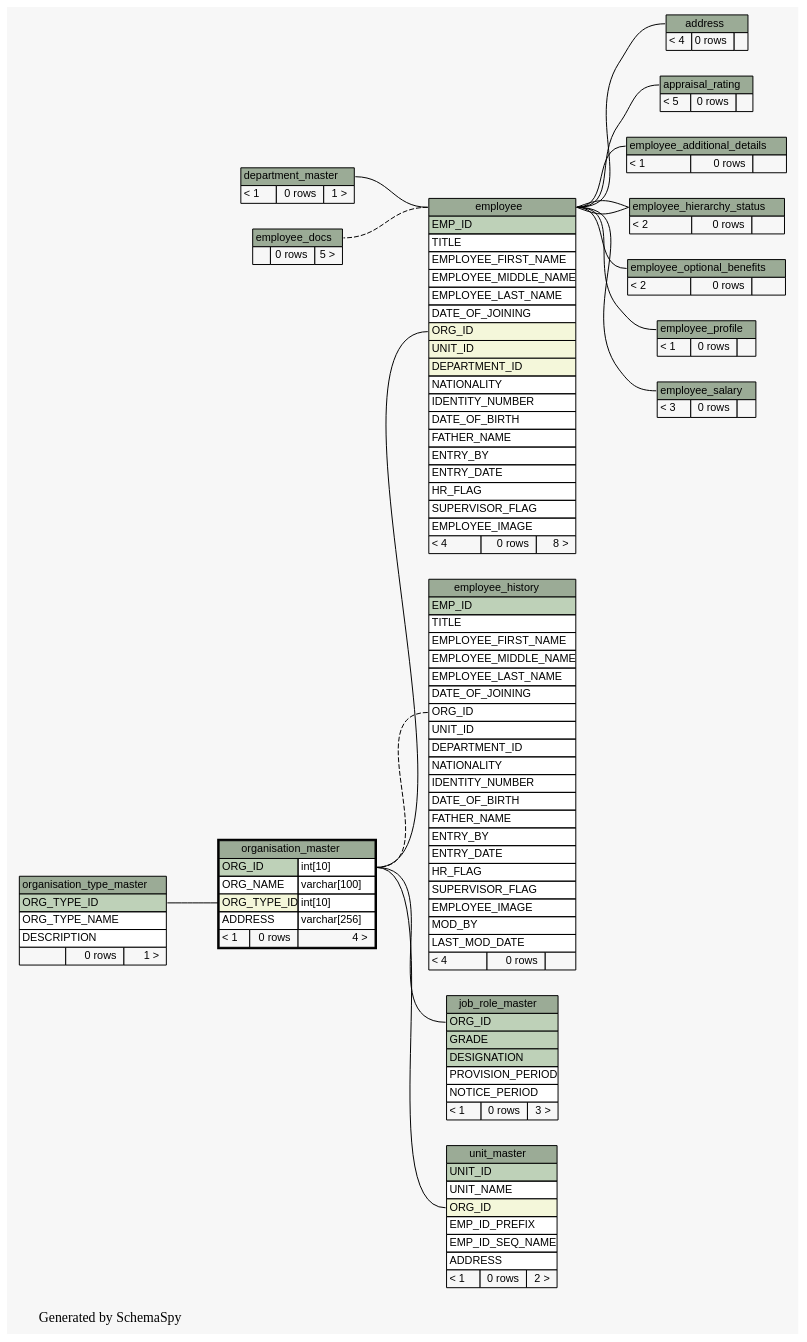
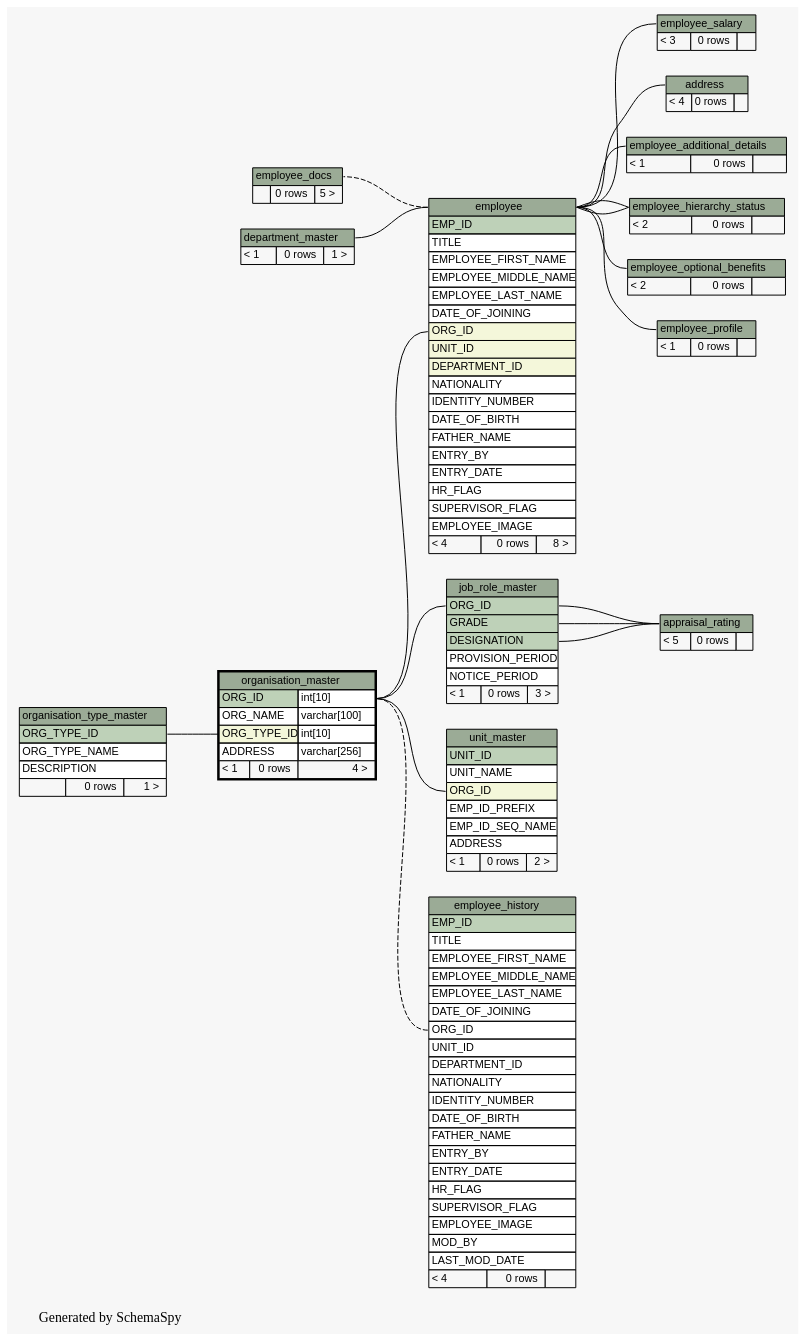
One commit to engineerscraft/hrms changed the diagram in docs/database/schemaspy/graphs/organisation_master.implied2degrees.dot. Above: the diagram before and after it, drawn with Graphviz. The commit also changed 52 other files, not shown here.

```diff
--- a/docs/database/schemaspy/graphs/organisation_master.implied2degrees.dot
+++ b/docs/database/schemaspy/graphs/organisation_master.implied2degrees.dot
@@ -15,7 +15,9 @@
     arrowsize="0.8"
   ];
   "address":"address.heading":w -> "employee":"employee.heading":e [arrowtail=tee arrowhead=none];
-  "appraisal_rating":"appraisal_rating.heading":w -> "employee":"employee.heading":e [arrowtail=crowtee arrowhead=none];
+  "appraisal_rating":"appraisal_rating.heading":w -> "job_role_master":"DESIGNATION":e [arrowtail=crowodot arrowhead=none];
+  "appraisal_rating":"appraisal_rating.heading":w -> "job_role_master":"GRADE":e [arrowtail=crowodot arrowhead=none];
+  "appraisal_rating":"appraisal_rating.heading":w -> "job_role_master":"ORG_ID":e [arrowtail=crowodot arrowhead=none];
   "employee":"employee.heading":w -> "department_master":"department_master.heading":e [arrowtail=crowodot arrowhead=none];
   "employee":"employee.heading":w -> "employee_docs":"employee_docs.heading":e [arrowtail=tee arrowhead=none style=dashed];
   "employee":"ORG_ID":w -> "organisation_master":"ORG_ID.type":e [arrowtail=crowodot arrowhead=none];
```
